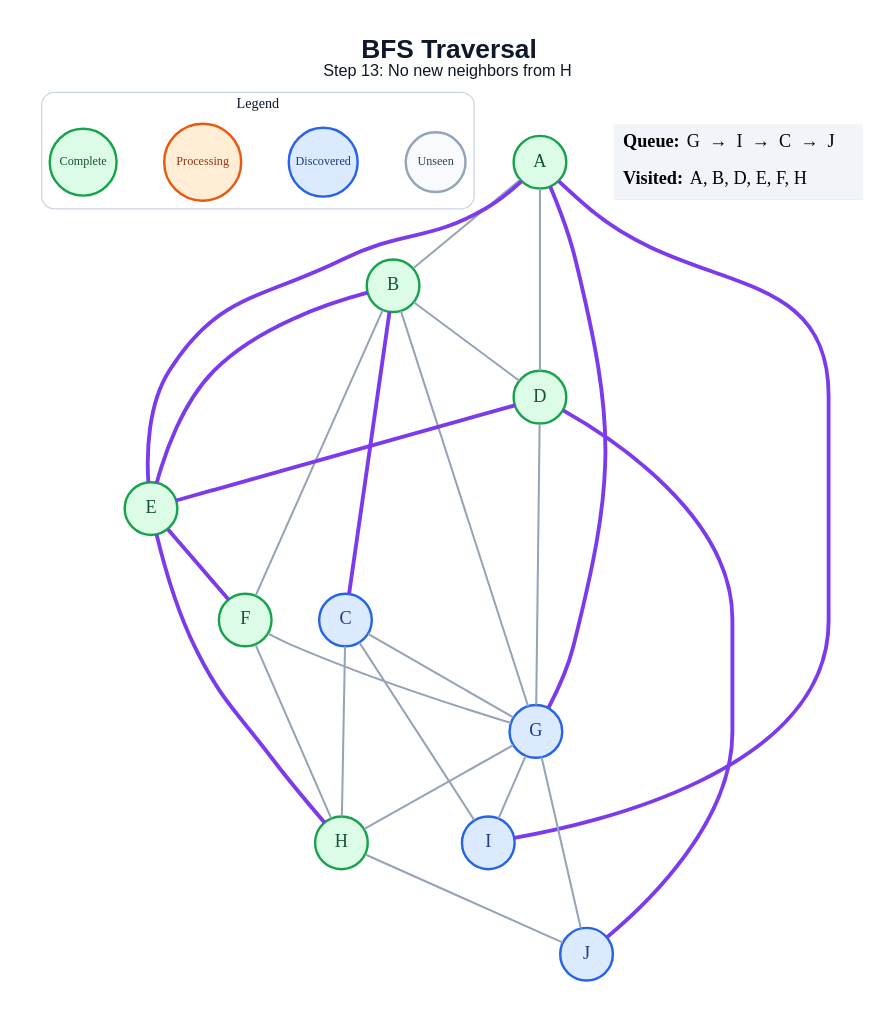
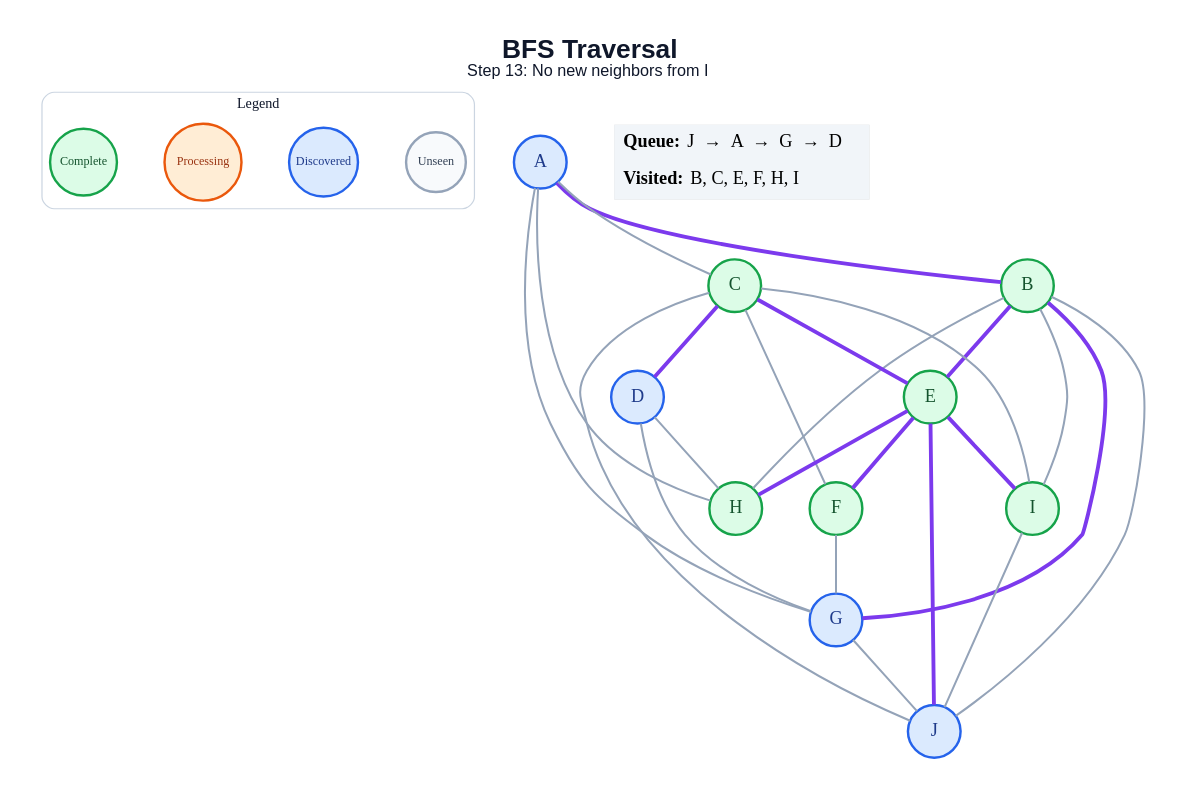
One commit to amanghodawala9/ai-slop changed the diagram in generated/specific-node/bfs/step_13.dot. Above: the diagram before and after it, drawn with Graphviz. The commit also changed 178 other files, not shown here.

```diff
--- a/generated/specific-node/bfs/step_13.dot
+++ b/generated/specific-node/bfs/step_13.dot
@@ -1,53 +1,52 @@
 graph traversal {
   graph [layout=dot, rankdir=TB, bgcolor="#FFFFFF", pad="0.35", nodesep="0.65", ranksep="0.8", fontname="Arial"];
   node [shape=circle, style="filled", fontname="Arial Bold", fontsize=18, width=0.72, fixedsize=true, penwidth=2.4];
   edge [color="#94A3B8", penwidth=2.0];
-  label=<<B>BFS Traversal</B><BR/><FONT POINT-SIZE="16">Step 13: No new neighbors from H</FONT>>; labelloc="t"; fontsize=26; fontname="Arial"; fontcolor="#0F172A";
+  label=<<B>BFS Traversal</B><BR/><FONT POINT-SIZE="16">Step 13: No new neighbors from I</FONT>>; labelloc="t"; fontsize=26; fontname="Arial"; fontcolor="#0F172A";
   subgraph cluster_legend { label="Legend"; color="#CBD5E1"; penwidth=1.2; style="rounded"; fontsize=14; fontname="Arial Bold";
     key_unseen [label="Unseen", fillcolor="#F8FAFC", color="#94A3B8", fontcolor="#334155", fontsize=12, width=0.82];
     key_frontier [label="Discovered", fillcolor="#DBEAFE", color="#2563EB", fontcolor="#1E3A8A", fontsize=12, width=0.95];
     key_current [label="Processing", fillcolor="#FFEDD5", color="#EA580C", fontcolor="#9A3412", fontsize=12, width=1.05];
     key_done [label="Complete", fillcolor="#DCFCE7", color="#16A34A", fontcolor="#14532D", fontsize=12, width=0.92];
     { rank=same; key_unseen; key_frontier; key_current; key_done; }
   }
-  A [fillcolor="#DCFCE7", color="#16A34A", fontcolor="#14532D"];
+  A [fillcolor="#DBEAFE", color="#2563EB", fontcolor="#1E3A8A"];
   B [fillcolor="#DCFCE7", color="#16A34A", fontcolor="#14532D"];
-  C [fillcolor="#DBEAFE", color="#2563EB", fontcolor="#1E3A8A"];
-  D [fillcolor="#DCFCE7", color="#16A34A", fontcolor="#14532D"];
+  C [fillcolor="#DCFCE7", color="#16A34A", fontcolor="#14532D"];
+  D [fillcolor="#DBEAFE", color="#2563EB", fontcolor="#1E3A8A"];
   E [fillcolor="#DCFCE7", color="#16A34A", fontcolor="#14532D"];
   F [fillcolor="#DCFCE7", color="#16A34A", fontcolor="#14532D"];
   G [fillcolor="#DBEAFE", color="#2563EB", fontcolor="#1E3A8A"];
   H [fillcolor="#DCFCE7", color="#16A34A", fontcolor="#14532D"];
-  I [fillcolor="#DBEAFE", color="#2563EB", fontcolor="#1E3A8A"];
+  I [fillcolor="#DCFCE7", color="#16A34A", fontcolor="#14532D"];
   J [fillcolor="#DBEAFE", color="#2563EB", fontcolor="#1E3A8A"];
-  A -- B;
-  A -- D;
-  A -- E [color="#7C3AED", penwidth=3.8];
-  A -- G [color="#7C3AED", penwidth=3.8];
-  A -- I [color="#7C3AED", penwidth=3.8];
-  B -- C [color="#7C3AED", penwidth=3.8];
-  B -- D;
+  A -- B [color="#7C3AED", penwidth=3.8];
+  A -- C;
+  A -- G;
+  A -- H;
   B -- E [color="#7C3AED", penwidth=3.8];
-  B -- F;
-  B -- G;
-  C -- G;
-  C -- H;
+  B -- G [color="#7C3AED", penwidth=3.8];
+  B -- H;
+  B -- I;
+  B -- J;
+  C -- D [color="#7C3AED", penwidth=3.8];
+  C -- E [color="#7C3AED", penwidth=3.8];
+  C -- F;
   C -- I;
-  D -- E [color="#7C3AED", penwidth=3.8];
+  C -- J;
   D -- G;
-  D -- J [color="#7C3AED", penwidth=3.8];
+  D -- H;
   E -- F [color="#7C3AED", penwidth=3.8];
   E -- H [color="#7C3AED", penwidth=3.8];
+  E -- I [color="#7C3AED", penwidth=3.8];
+  E -- J [color="#7C3AED", penwidth=3.8];
   F -- G;
-  F -- H;
-  G -- H;
-  G -- I;
   G -- J;
-  H -- J;
+  I -- J;
   status [shape=plain, fixedsize=false, width=0, height=0, margin=0, label=<
     <TABLE BORDER="0" CELLBORDER="0" CELLPADDING="7" BGCOLOR="#F1F5F9">
-      <TR><TD ALIGN="LEFT"><B>Queue:</B> G  →  I  →  C  →  J</TD></TR>
-      <TR><TD ALIGN="LEFT"><B>Visited:</B> A, B, D, E, F, H</TD></TR>
+      <TR><TD ALIGN="LEFT"><B>Queue:</B> J  →  A  →  G  →  D</TD></TR>
+      <TR><TD ALIGN="LEFT"><B>Visited:</B> B, C, E, F, H, I</TD></TR>
     </TABLE>
   >];
 }
```
